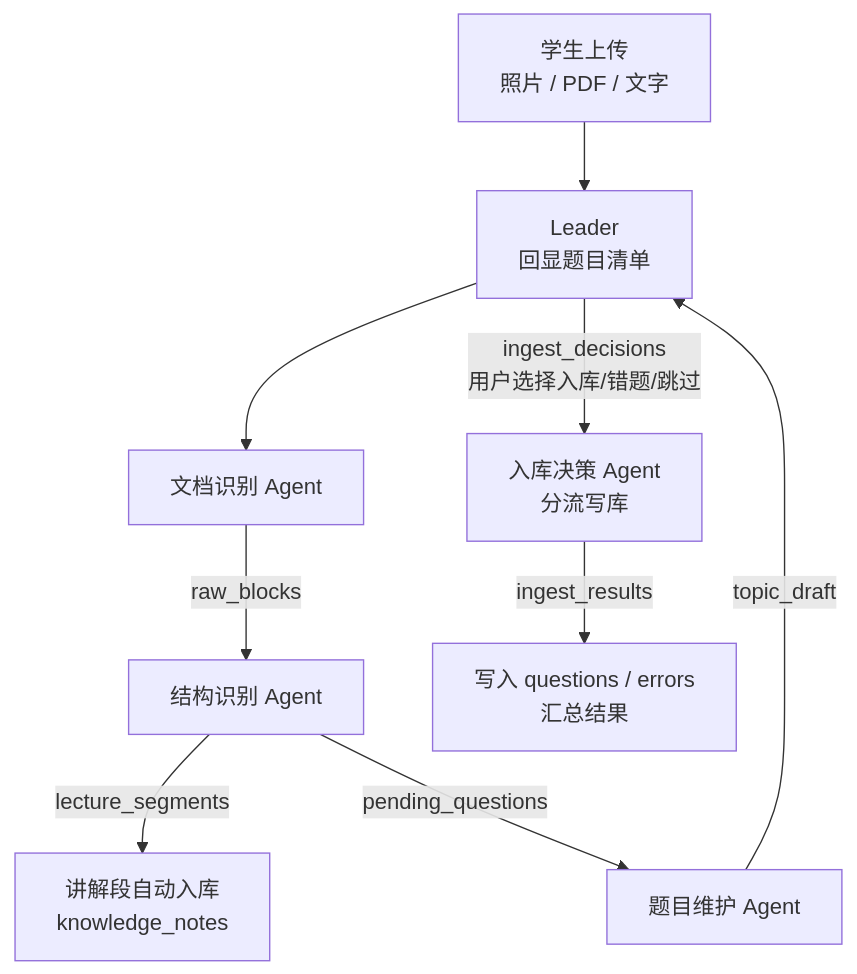
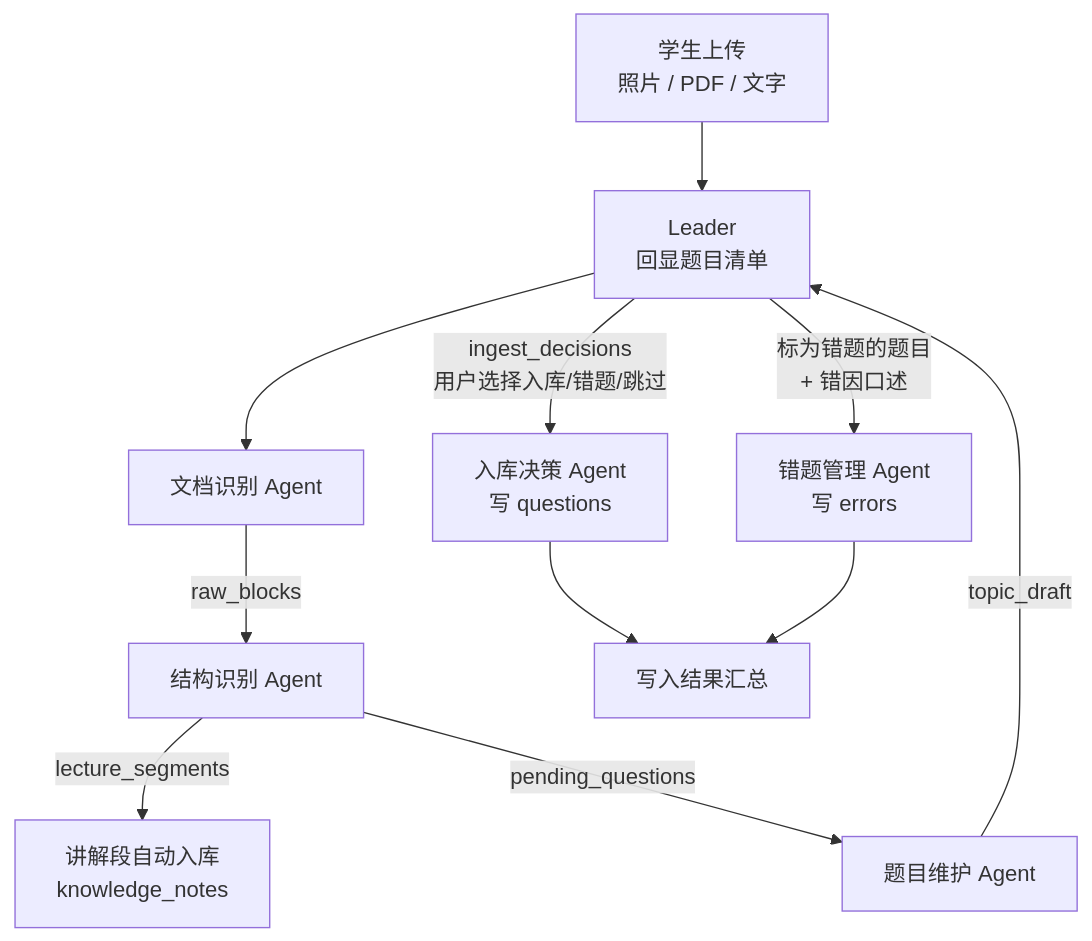
Before and after one commit to ttzc/gaokao_rag: the third of 3 diagrams in docs/agent/README.md, drawn with Mermaid. The commit also changed other lines of this file and 12 other files, not shown here.

First line of the commit message:
docs(errors): 错题本设计定稿——新增错题管理 Agent + 错因整理 Skill，errors 表精简

````diff
--- a/docs/agent/README.md
+++ b/docs/agent/README.md
@@ -148,11 +151,13 @@
 ```mermaid
 flowchart TD
     U[学生上传<br/>照片 / PDF / 文字] --> L[Team Leader<br/>ingest 意图]
     L --> R[文档识别 Agent]
     R -->|raw_blocks| S[结构识别 Agent]
     S -->|lecture_segments| KN[讲解段自动入库<br/>knowledge_notes]
     S -->|pending_questions| K[题目维护 Agent]
     K -->|topic_draft| L[Leader<br/>回显题目清单]
-    L -->|ingest_decisions<br/>用户选择入库/错题/跳过| D[入库决策 Agent<br/>分流写库]
-    D -->|ingest_results| OUT[写入 questions / errors<br/>汇总结果]
+    L -->|ingest_decisions<br/>用户选择入库/错题/跳过| D[入库决策 Agent<br/>写 questions]
+    L -->|标为错题的题目<br/>+ 错因口述| E[错题管理 Agent<br/>写 errors]
+    D --> OUT[写入结果汇总]
+    E --> OUT
 ```
````
